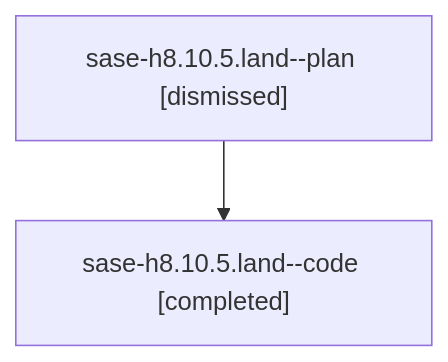
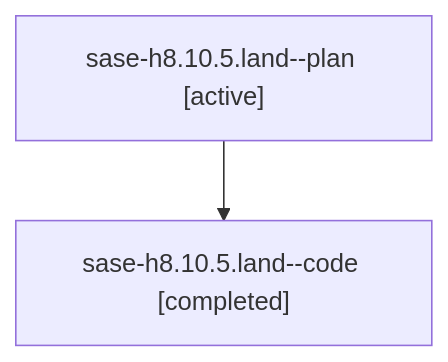
The diagram in families/bbugyi200.athena.sase-h8.10.5.land.md (sase-org/sase--agents), drawn with Mermaid before and after one commit. The commit also changed other lines of this file and 35830 other files, not shown here.

````diff
--- a/families/bbugyi200.athena.sase-h8.10.5.land.md
+++ b/families/bbugyi200.athena.sase-h8.10.5.land.md
@@ -9,6 +9,6 @@
 ```mermaid
 flowchart TD
-  n0["sase-h8.10.5.land--plan [dismissed]"]
+  n0["sase-h8.10.5.land--plan [active]"]
   n1["sase-h8.10.5.land--code [completed]"]
   n0 --> n1
 ```
````
